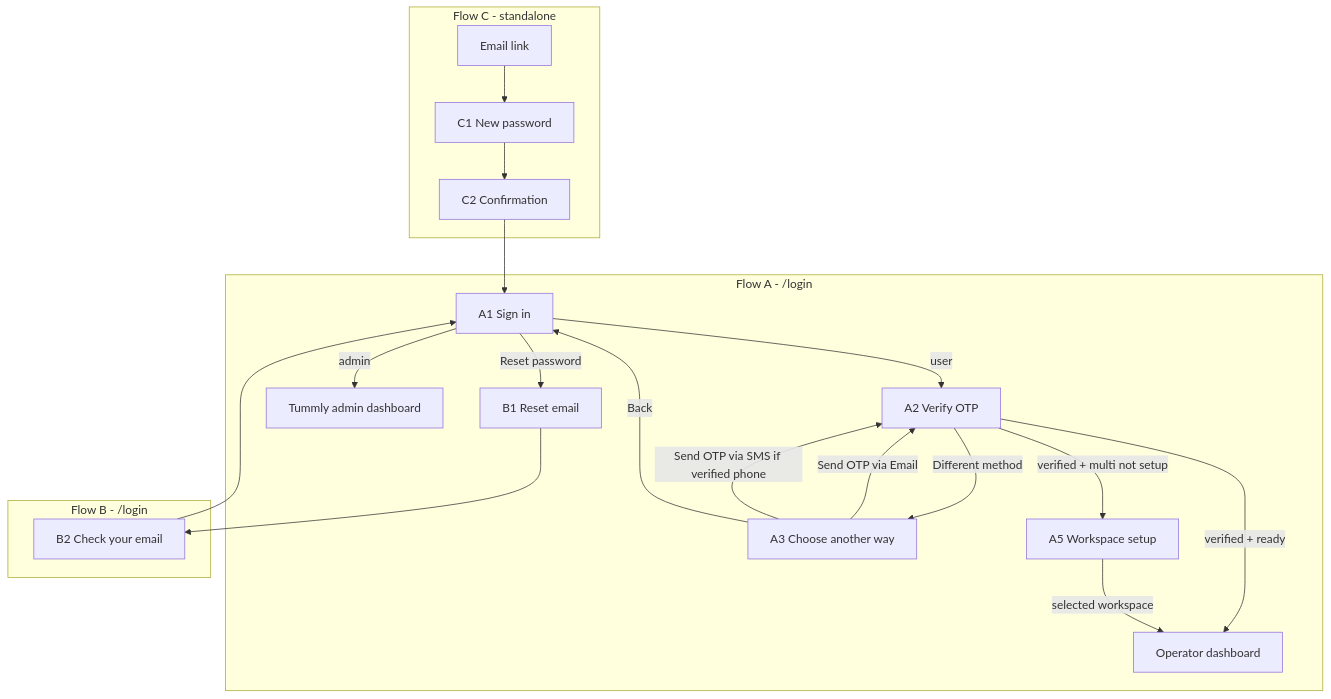
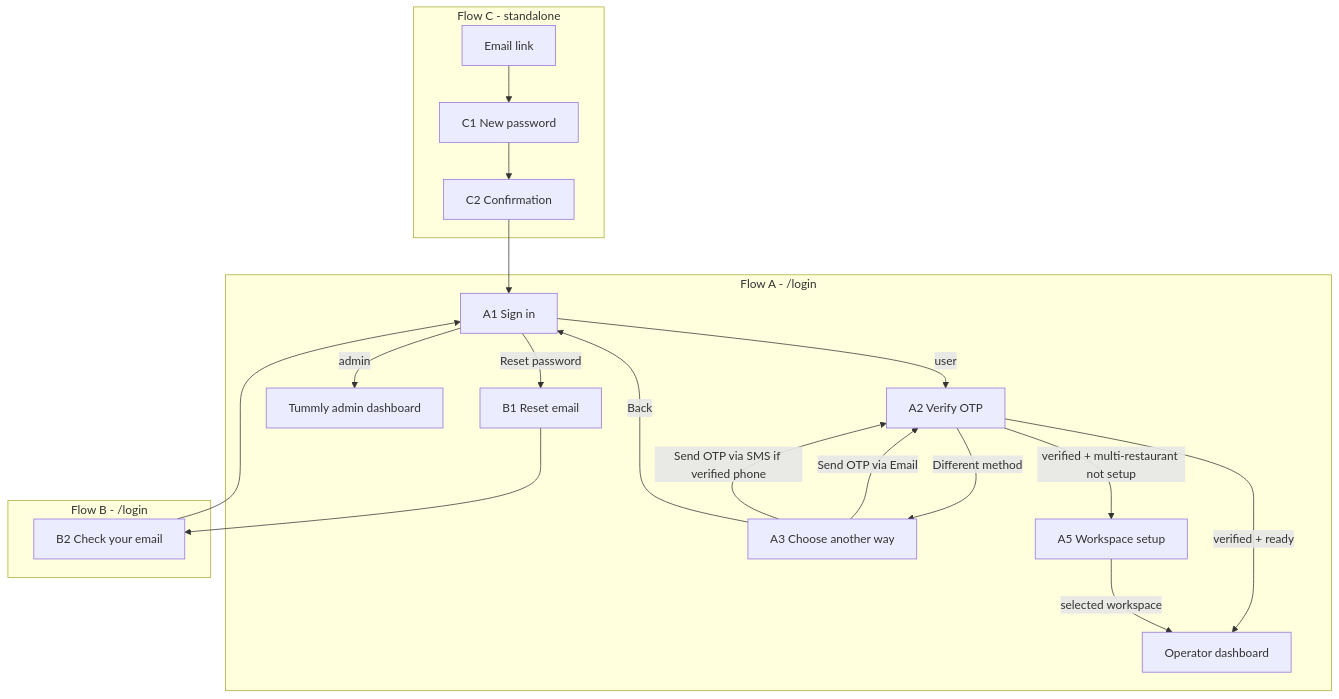
The second of 2 diagrams in docs/sign_in_flows.md (Tummly/Tummly), drawn with Mermaid before and after one commit. The commit also changed other lines of this file and 29 other files, not shown here.

````diff
--- a/docs/sign_in_flows.md
+++ b/docs/sign_in_flows.md
@@ -313,34 +313,34 @@
 ```mermaid
 flowchart TD
   subgraph signin [Flow A - /login]
     A1[A1 Sign in]
     A2[A2 Verify OTP]
     A3[A3 Choose another way]
     A5[A5 Workspace setup]
     A1 -->|user| A2
     A1 -->|admin| ADM[Tummly admin dashboard]
     A1 -->|Reset password| B1
     A2 -->|Different method| A3
     A3 -->|Send OTP via Email| A2
     A3 -->|Send OTP via SMS if verified phone| A2
     A3 -->|Back| A1
-    A2 -->|verified + multi not setup| A5
+    A2 -->|verified + multi-restaurant not setup| A5
     A2 -->|verified + ready| DASH[Operator dashboard]
     A5 -->|selected workspace| DASH
   end
 
   subgraph reset [Flow B - /login]
     B1[B1 Reset email]
     B2[B2 Check your email]
     B1 --> B2
     B2 --> A1
   end
 
   subgraph newpw [Flow C - standalone]
     C1[C1 New password]
     C2[C2 Confirmation]
     EMAIL[Email link] --> C1
     C1 --> C2
     C2 --> A1
   end
 ```
````
